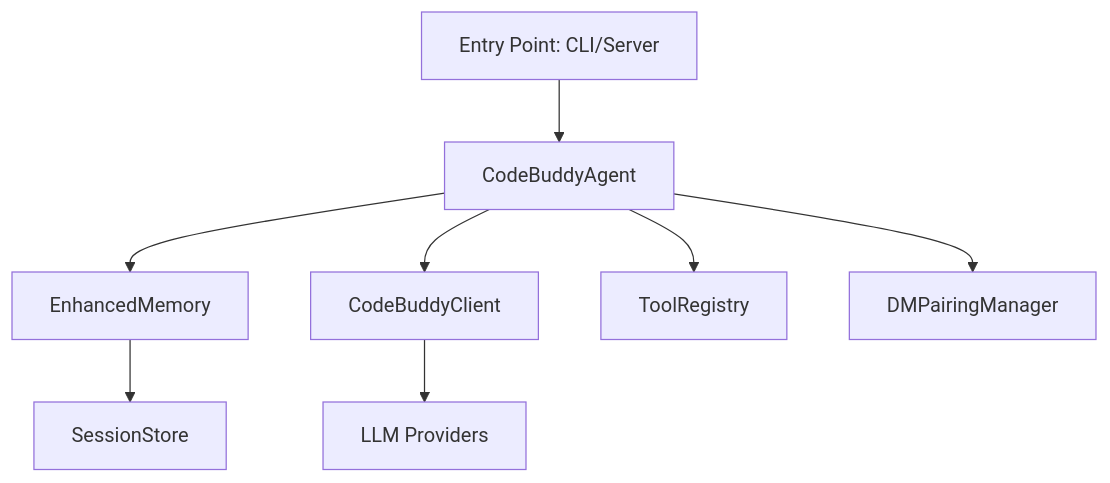
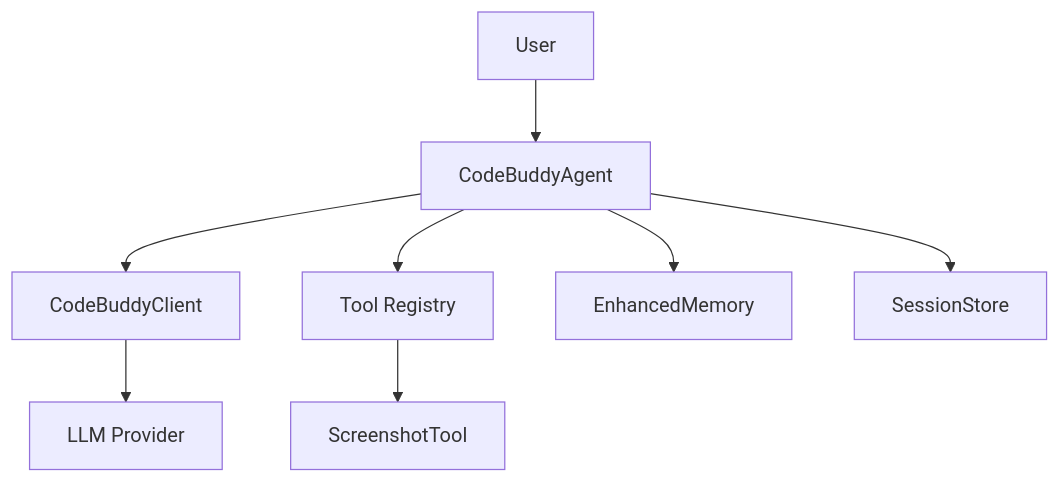
Before and after one commit to Zeeeepa/code-buddy: the diagram in .codebuddy/docs/1-overview.md, drawn with Mermaid. The commit also changed other lines of this file and 29 other files, not shown here.

````diff
--- a/.codebuddy/docs/1-overview.md
+++ b/.codebuddy/docs/1-overview.md
@@ -22,10 +9,10 @@
 ```mermaid
 graph TD
-    A[Entry Point: CLI/Server] --> B[CodeBuddyAgent]
-    B --> C[EnhancedMemory]
-    B --> D[CodeBuddyClient]
-    B --> E[ToolRegistry]
-    B --> F[DMPairingManager]
-    D --> G[LLM Providers]
-    C --> H[SessionStore]
+    User --> Agent[CodeBuddyAgent]
+    Agent --> Client[CodeBuddyClient]
+    Client --> LLM[LLM Provider]
+    Agent --> Tools[Tool Registry]
+    Tools --> Screenshot[ScreenshotTool]
+    Agent --> Memory[EnhancedMemory]
+    Agent --> Session[SessionStore]
 ```
````
